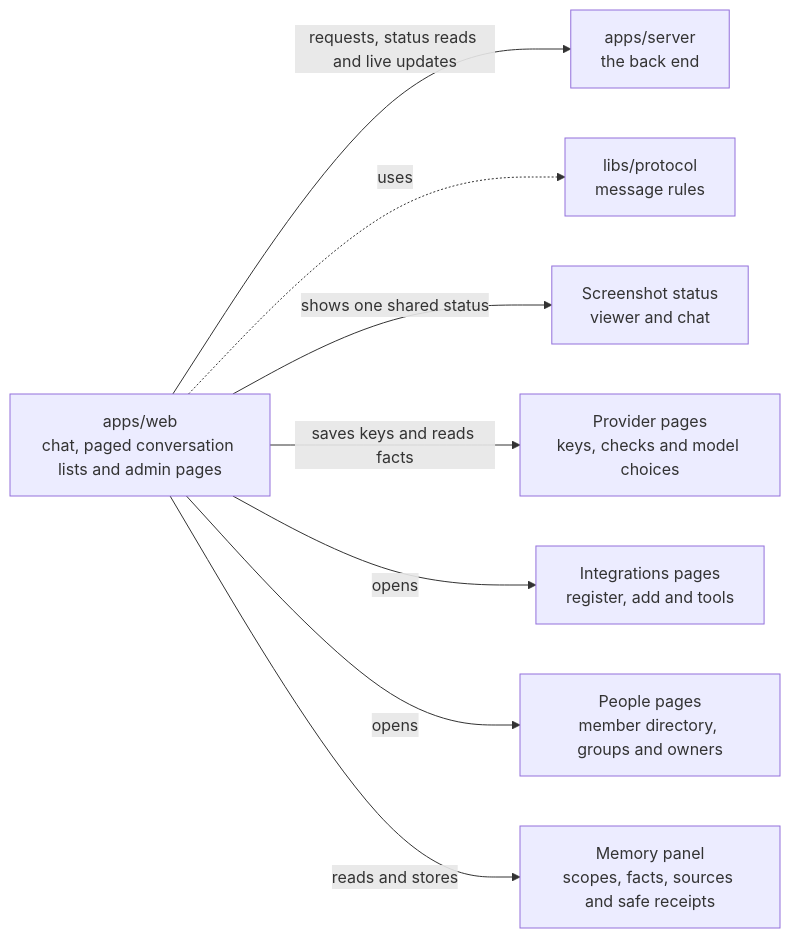
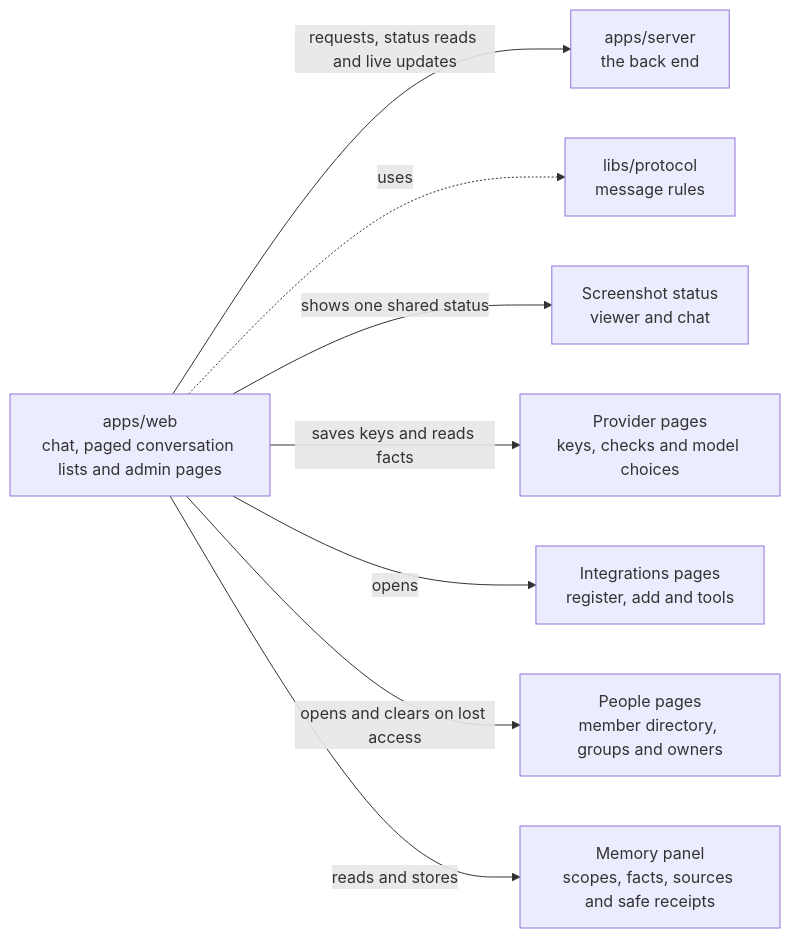
Before and after one commit to elewa-git/opencrane-new: the diagram in apps/web/README.md, drawn with Mermaid. The commit also changed other lines of this file and 4 other files, not shown here.

Commit message:
🔒 Clear people and groups after member access loss

````diff
--- a/apps/web/README.md
+++ b/apps/web/README.md
@@ -11,10 +11,10 @@
 ```mermaid
 flowchart LR
   web["apps/web<br/>chat, paged conversation lists and admin pages"] -->|requests, status reads and live updates| server["apps/server<br/>the back end"]
   web -.->|uses| protocol["libs/protocol<br/>message rules"]
   web -->|shows one shared status| capture["Screenshot status<br/>viewer and chat"]
   web -->|saves keys and reads facts| providers["Provider pages<br/>keys, checks and model choices"]
   web -->|opens| integrations["Integrations pages<br/>register, add and tools"]
-  web -->|opens| people["People pages<br/>member directory, groups and owners"]
+  web -->|opens and clears on lost access| people["People pages<br/>member directory, groups and owners"]
   web -->|reads and stores| memory["Memory panel<br/>scopes, facts, sources and safe receipts"]
 ```
````
